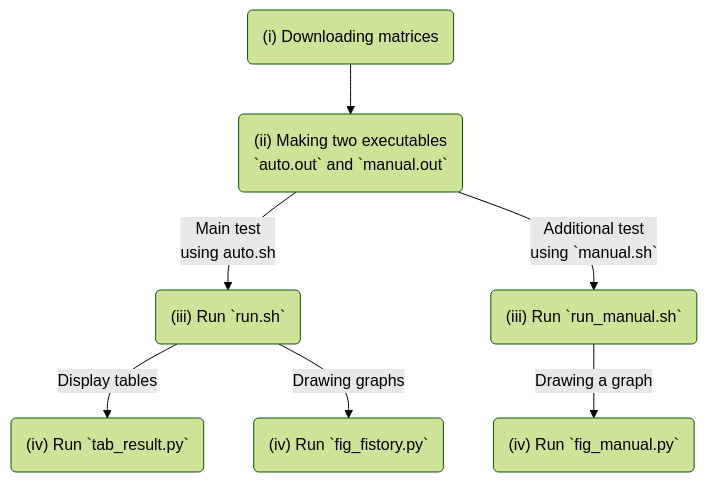
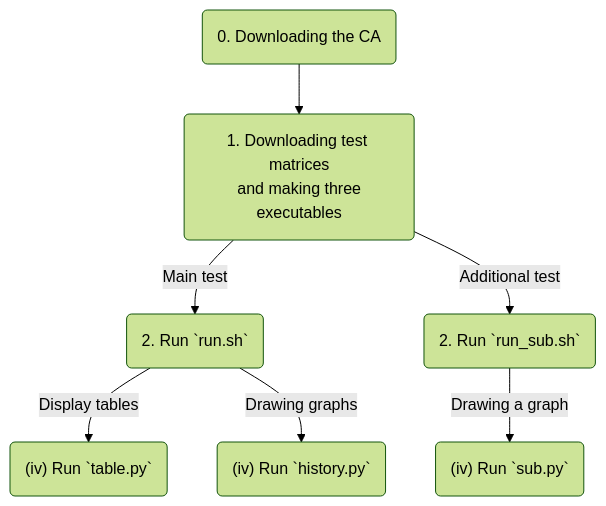
Before and after one commit to suzuki-hpc/SC23-AD: the diagram in README.md, drawn with Mermaid (forest theme). The commit also changed other lines of this file and 13 other files, not shown here.

````diff
--- a/README.md
+++ b/README.md
@@ -31,9 +42,9 @@
 ```mermaid
 flowchart
-	A("(i)" Downloading matrices) --> B("(ii)" Making two executables\n`auto.out` and `manual.out`);
-	B -- Main test\nusing auto.sh --> C("(iii)" Run `run.sh`);
-	B -- Additional test\nusing `manual.sh` --> D("(iii)" Run `run_manual.sh`);
-	C -- Display tables --> E("(iv)" Run `tab_result.py`);
-	C -- Drawing graphs --> F("(iv)" Run `fig_fistory.py`);
-	D -- Drawing a graph --> G("(iv)" Run `fig_manual.py`);
+	A(0. Downloading the CA) --> B(1. Downloading test matrices\n and making three executables);
+	B -- Main test --> C(2. Run `run.sh`);
+	B -- Additional test --> D(2. Run `run_sub.sh`);
+	C -- Display tables --> E("(iv)" Run `table.py`);
+	C -- Drawing graphs --> F("(iv)" Run `history.py`);
+	D -- Drawing a graph --> G("(iv)" Run `sub.py`);
 ```
````
